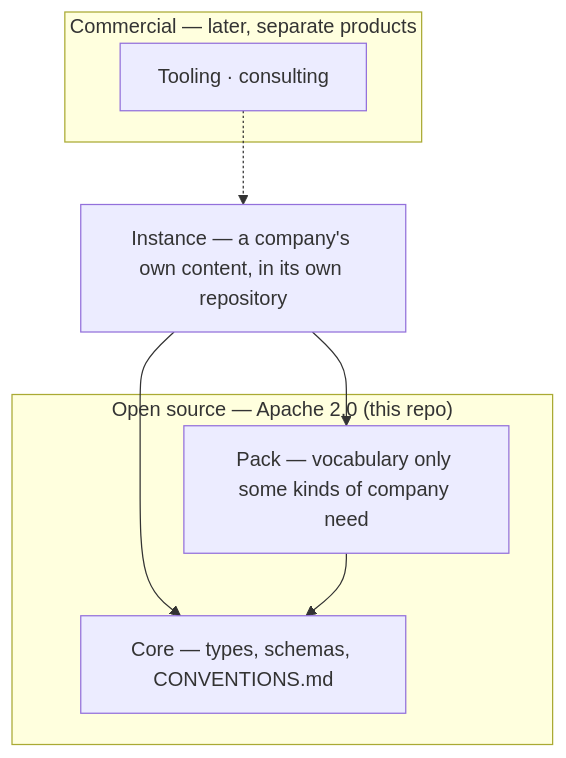
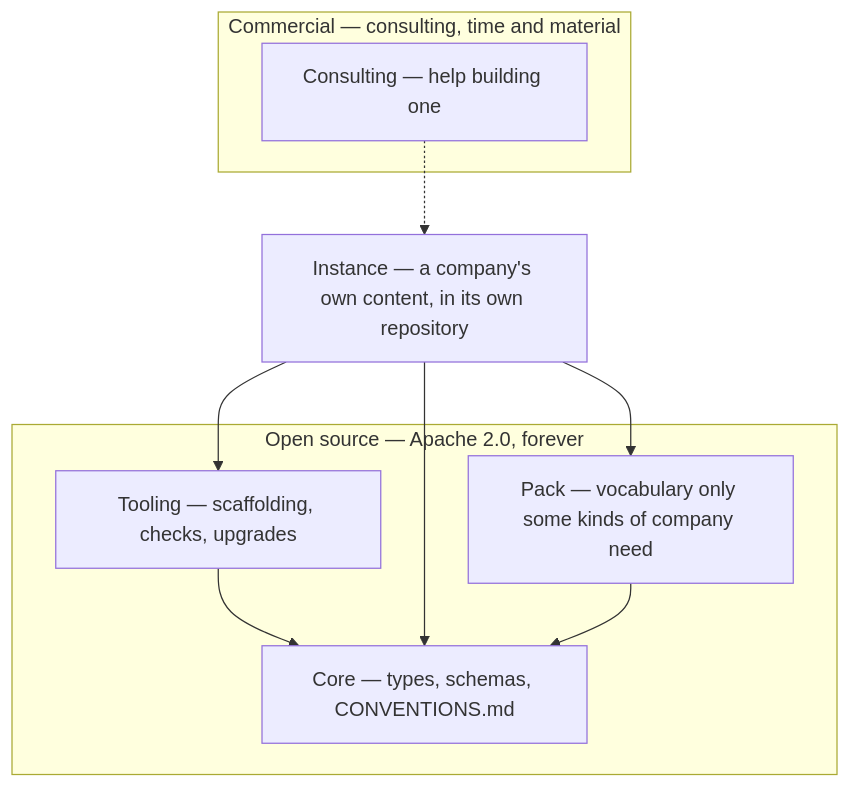
Before and after one commit to companygraph/meta-model: the diagram in README.md, drawn with Mermaid. The commit also changed other lines of this file, not shown here.

Commit message:
Move the tooling to the side of the line it is actually on
The licence section said "tooling and consulting come later and are separate
products", and the layers diagram drew both inside a commercial box. That is no
longer the position: the meta-model and whatever tooling gets built for it are
open source and stay that way, and consulting is the one thing that costs money.

So the diagram moves Tooling into the Apache 2.0 box beside core and packs, and
the commercial box holds consulting alone — dotted, because it is help rather
than a dependency: nothing in it is required to use any of the rest.

Where it is billed now has an owner, so this repository links there instead of
describing it: companygraph.io/billing.

````diff
--- a/README.md
+++ b/README.md
@@ -28,15 +28,17 @@
 ```mermaid
 flowchart TB
-    subgraph commercial["Commercial — later, separate products"]
-        TOOL["Tooling · consulting"]
+    subgraph commercial["Commercial — consulting, time and material"]
+        CONS["Consulting — help building one"]
     end
-    subgraph oss["Open source — Apache 2.0 (this repo)"]
+    subgraph oss["Open source — Apache 2.0, forever"]
+        TOOL["Tooling — scaffolding, checks, upgrades"]
         PACK["Pack — vocabulary only some kinds of company need"]
         CORE["Core — types, schemas, CONVENTIONS.md"]
     end
     INST["Instance — a company's own content, in its own repository"]
 
-    TOOL -.-> INST
-    INST --> PACK & CORE
+    CONS -.-> INST
+    TOOL --> CORE
+    INST --> TOOL & PACK & CORE
     PACK --> CORE
 ```
````
